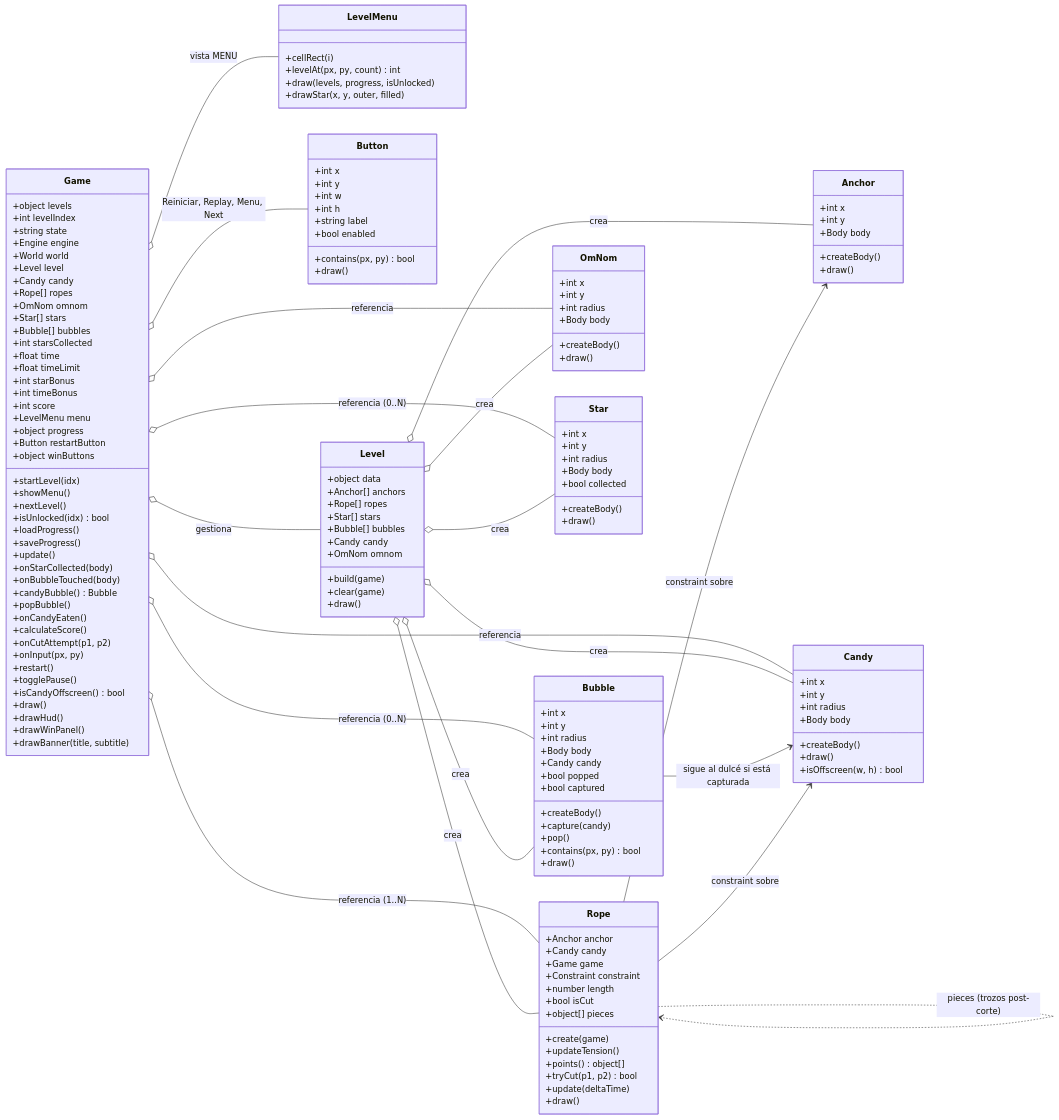
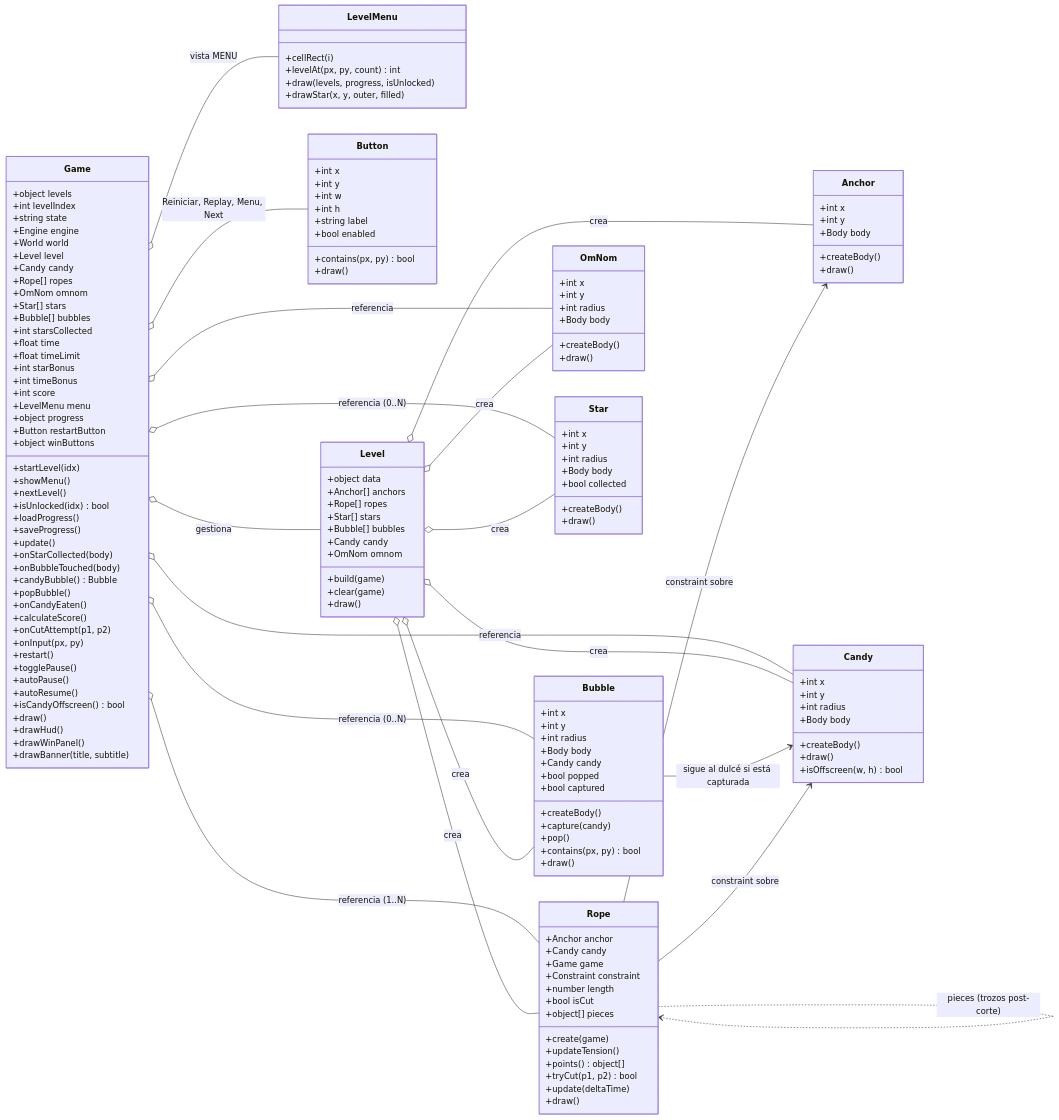
Before and after one commit to ShryhakAkizuki/Cut_The_Rope-Visual_Computing_2026-II: the third of 5 diagrams in docs/arquitectura-mvp.md, drawn with Mermaid. The commit also changed other lines of this file and 2 other files, not shown here.

```diff
--- a/docs/arquitectura-mvp.md
+++ b/docs/arquitectura-mvp.md
@@ -196,6 +197,8 @@
         +onInput(px, py)
         +restart()
         +togglePause()
+        +autoPause()
+        +autoResume()
         +isCandyOffscreen() bool
         +draw()
         +drawHud()
```
